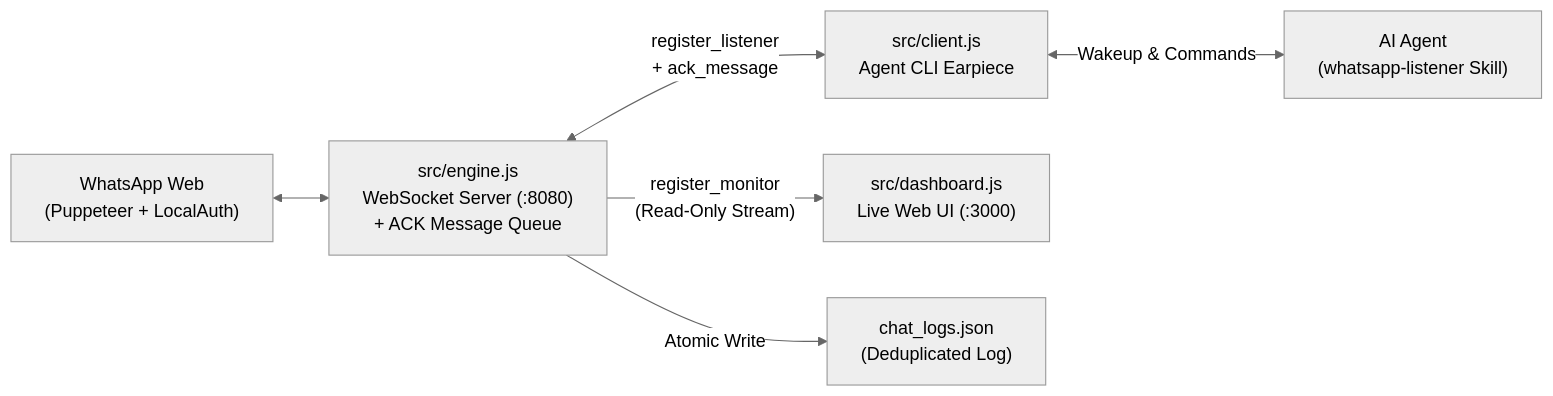
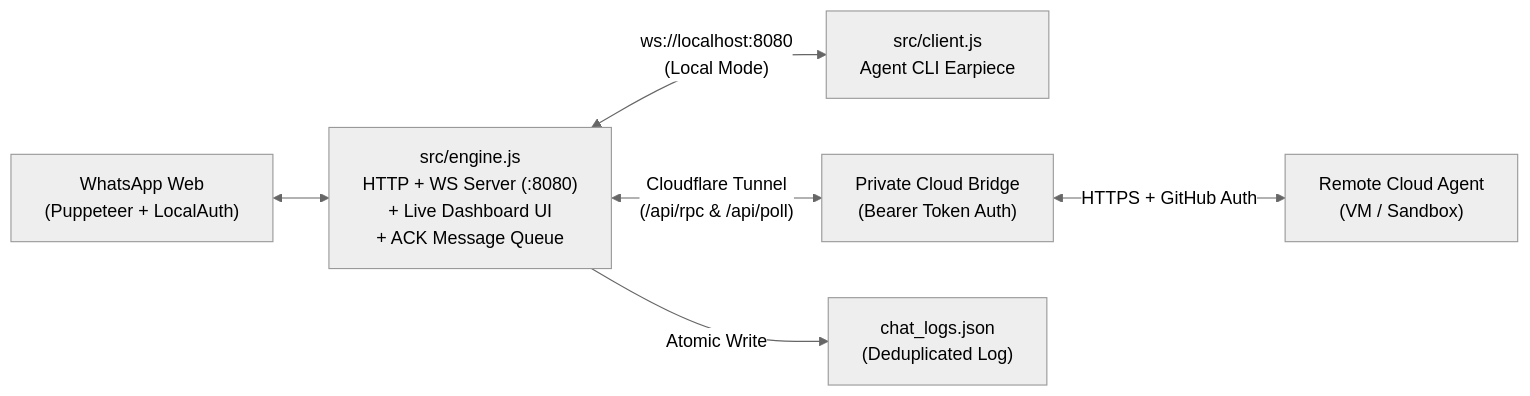
Before and after one commit to chetangoswami/whatsapp-engine: the diagram in README.md, drawn with Mermaid (neutral theme). The commit also changed other lines of this file and 1 other file, not shown here.

Commit message:
docs: update README architecture diagram and protocol reference with Cloud Bridge, HKDF media, and group APIs

````diff
--- a/README.md
+++ b/README.md
@@ -14,8 +14,8 @@
 ```mermaid
 flowchart LR
-    WA["WhatsApp Web\n(Puppeteer + LocalAuth)"] <--> ENG["src/engine.js\nWebSocket Server (:8080)\n+ ACK Message Queue"]
-    ENG <-->|"register_listener\n+ ack_message"| CLI["src/client.js\nAgent CLI Earpiece"]
-    ENG -->|"register_monitor\n(Read-Only Stream)"| DASH["src/dashboard.js\nLive Web UI (:3000)"]
+    WA["WhatsApp Web\n(Puppeteer + LocalAuth)"] <--> ENG["src/engine.js\nHTTP + WS Server (:8080)\n+ Live Dashboard UI\n+ ACK Message Queue"]
+    ENG <-->|"ws://localhost:8080\n(Local Mode)"| CLI["src/client.js\nAgent CLI Earpiece"]
+    ENG <-->|"Cloudflare Tunnel\n(/api/rpc & /api/poll)"| BRIDGE["Private Cloud Bridge\n(Bearer Token Auth)"]
+    BRIDGE <-->|"HTTPS + GitHub Auth"| CLOUD["Remote Cloud Agent\n(VM / Sandbox)"]
     ENG -->|"Atomic Write"| LOG["chat_logs.json\n(Deduplicated Log)"]
-    CLI <-->|"Wakeup & Commands"| AGY["AI Agent\n(whatsapp-listener Skill)"]
 ```
````
